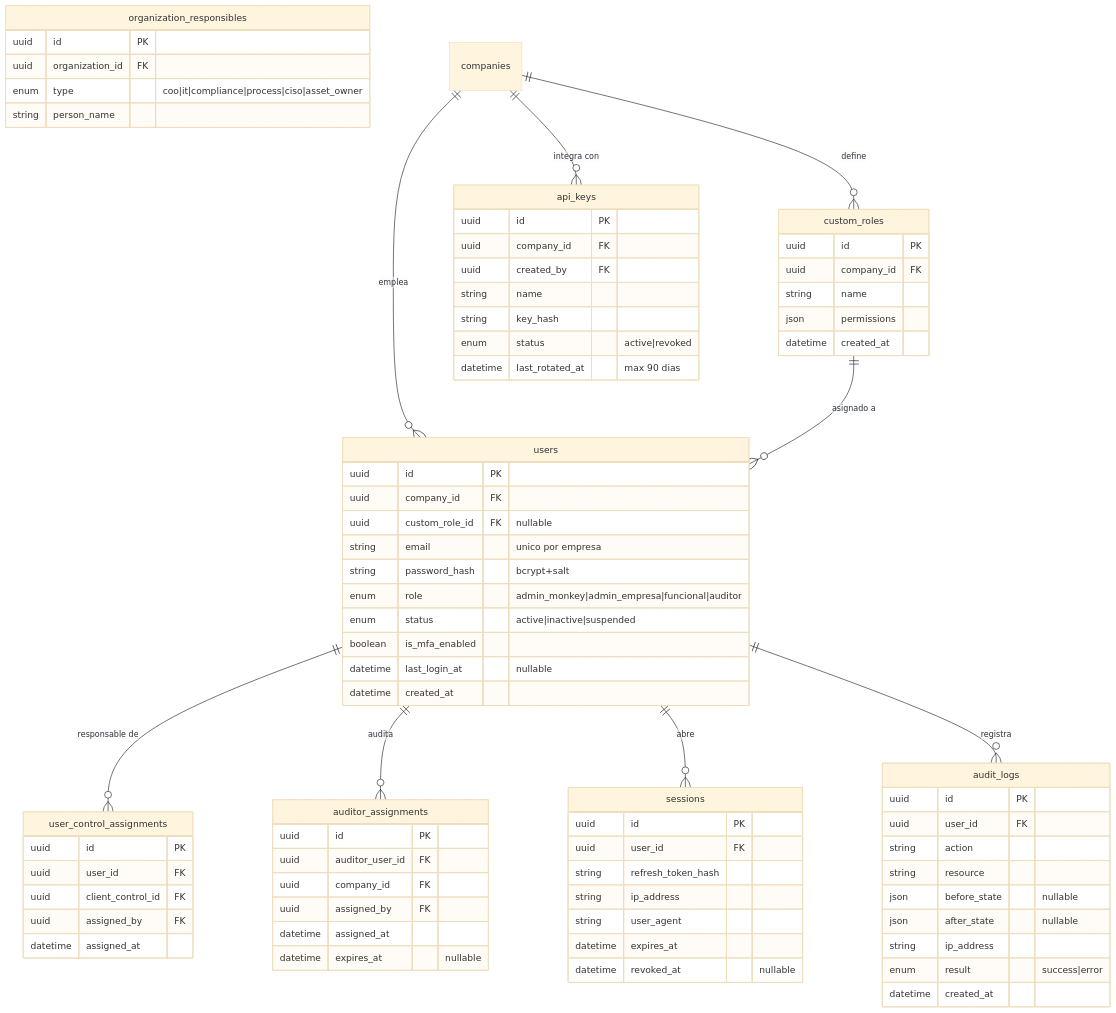
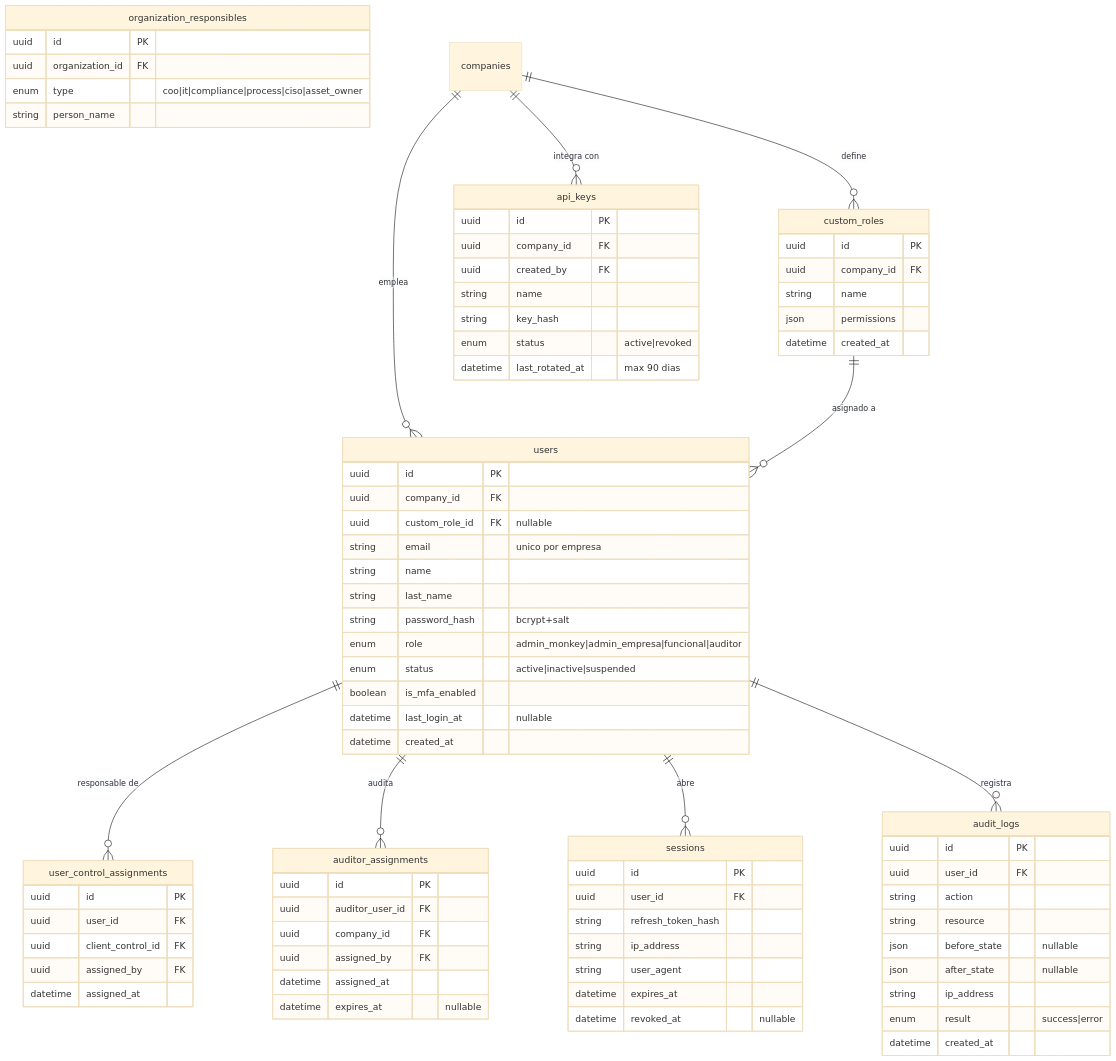
One commit to Monkey-GRC/Monkey-Brain-IA changed the seventh of 16 diagrams in skills/product/monkey-compliance-council/references/modelo-datos.md. Above: the diagram before and after it, drawn with Mermaid (base theme). The commit also changed other lines of this file and 9 other files, not shown here.

````diff
--- a/skills/product/monkey-compliance-council/references/modelo-datos.md
+++ b/skills/product/monkey-compliance-council/references/modelo-datos.md
@@ -660,80 +716,82 @@
 ```mermaid
 erDiagram
     users {
         uuid id PK
         uuid company_id FK
         uuid custom_role_id FK "nullable"
         string email "unico por empresa"
+        string name
+        string last_name
         string password_hash "bcrypt+salt"
         enum role "admin_monkey|admin_empresa|funcional|auditor"
         enum status "active|inactive|suspended"
         boolean is_mfa_enabled
         datetime last_login_at "nullable"
         datetime created_at
     }
     custom_roles {
         uuid id PK
         uuid company_id FK
         string name
         json permissions
         datetime created_at
     }
     user_control_assignments {
         uuid id PK
         uuid user_id FK
         uuid client_control_id FK
         uuid assigned_by FK
         datetime assigned_at
     }
     auditor_assignments {
         uuid id PK
         uuid auditor_user_id FK
         uuid company_id FK
         uuid assigned_by FK
         datetime assigned_at
         datetime expires_at "nullable"
     }
     sessions {
         uuid id PK
         uuid user_id FK
         string refresh_token_hash
         string ip_address
         string user_agent
         datetime expires_at
         datetime revoked_at "nullable"
     }
     api_keys {
         uuid id PK
         uuid company_id FK
         uuid created_by FK
         string name
         string key_hash
         enum status "active|revoked"
         datetime last_rotated_at "max 90 dias"
     }
     audit_logs {
         uuid id PK
         uuid user_id FK
         string action
         string resource
         json before_state "nullable"
         json after_state "nullable"
         string ip_address
         enum result "success|error"
         datetime created_at
     }
     organization_responsibles {
         uuid id PK
         uuid organization_id FK
         enum type "coo|it|compliance|process|ciso|asset_owner"
         string person_name
     }
     companies ||--o{ users : "emplea"
     companies ||--o{ custom_roles : "define"
     custom_roles ||--o{ users : "asignado a"
     users ||--o{ user_control_assignments : "responsable de"
     users ||--o{ auditor_assignments : "audita"
     users ||--o{ sessions : "abre"
     users ||--o{ audit_logs : "registra"
     companies ||--o{ api_keys : "integra con"
 ```
````
